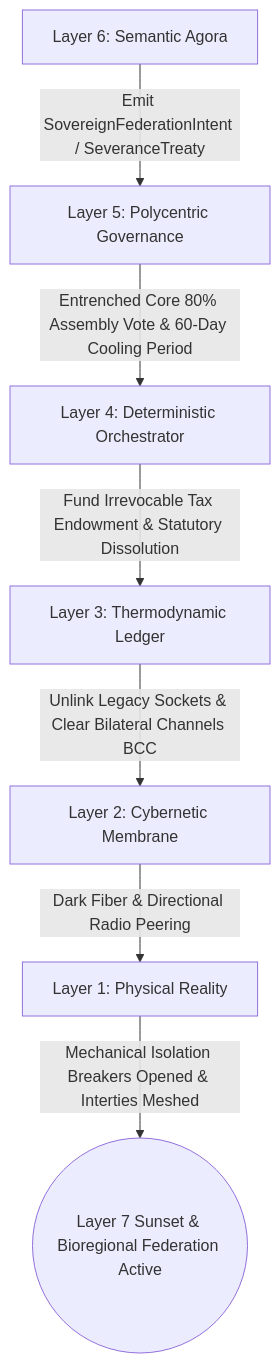
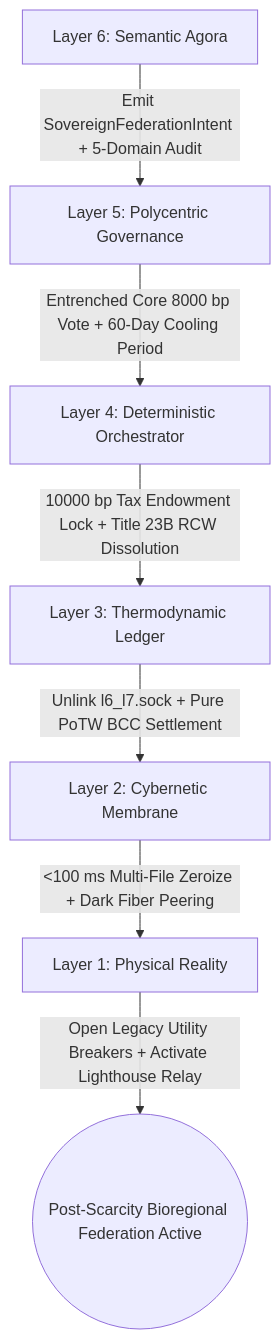
Before and after one commit to raffaine/collective: the first of 3 diagrams in docs/scenarios/omega_decoupling.md, drawn with Mermaid. The commit also changed other lines of this file and 1 other file, not shown here.

Commit message:
docs(scenarios): expand Scenarios Psi and Omega to complete all 25 macro-domain specifications

````diff
--- a/docs/scenarios/omega_decoupling.md
+++ b/docs/scenarios/omega_decoupling.md
@@ -43,9 +71,9 @@
 ```mermaid
-graph TD
-    L6[Layer 6: Semantic Agora] -->|Emit SovereignFederationIntent / SeveranceTreaty| L5[Layer 5: Polycentric Governance]
-    L5 -->|Entrenched Core 80% Assembly Vote & 60-Day Cooling Period| L4[Layer 4: Deterministic Orchestrator]
-    L4 -->|Fund Irrevocable Tax Endowment & Statutory Dissolution| L3[Layer 3: Thermodynamic Ledger]
-    L3 -->|Unlink Legacy Sockets & Clear Bilateral Channels BCC| L2[Layer 2: Cybernetic Membrane]
-    L2 -->|Dark Fiber & Directional Radio Peering| L1[Layer 1: Physical Reality]
-    L1 -->|Mechanical Isolation Breakers Opened & Interties Meshed| End((Layer 7 Sunset & Bioregional Federation Active))
+flowchart TD
+    L6["Layer 6: Semantic Agora"] -->|"Emit SovereignFederationIntent + 5-Domain Audit"| L5["Layer 5: Polycentric Governance"]
+    L5 -->|"Entrenched Core 8000 bp Vote + 60-Day Cooling Period"| L4["Layer 4: Deterministic Orchestrator"]
+    L4 -->|"10000 bp Tax Endowment Lock + Title 23B RCW Dissolution"| L3["Layer 3: Thermodynamic Ledger"]
+    L3 -->|"Unlink l6_l7.sock + Pure PoTW BCC Settlement"| L2["Layer 2: Cybernetic Membrane"]
+    L2 -->|"<100 ms Multi-File Zeroize + Dark Fiber Peering"| L1["Layer 1: Physical Reality"]
+    L1 -->|"Open Legacy Utility Breakers + Activate Lighthouse Relay"| End(("Post-Scarcity Bioregional Federation Active"))
 ```
````
